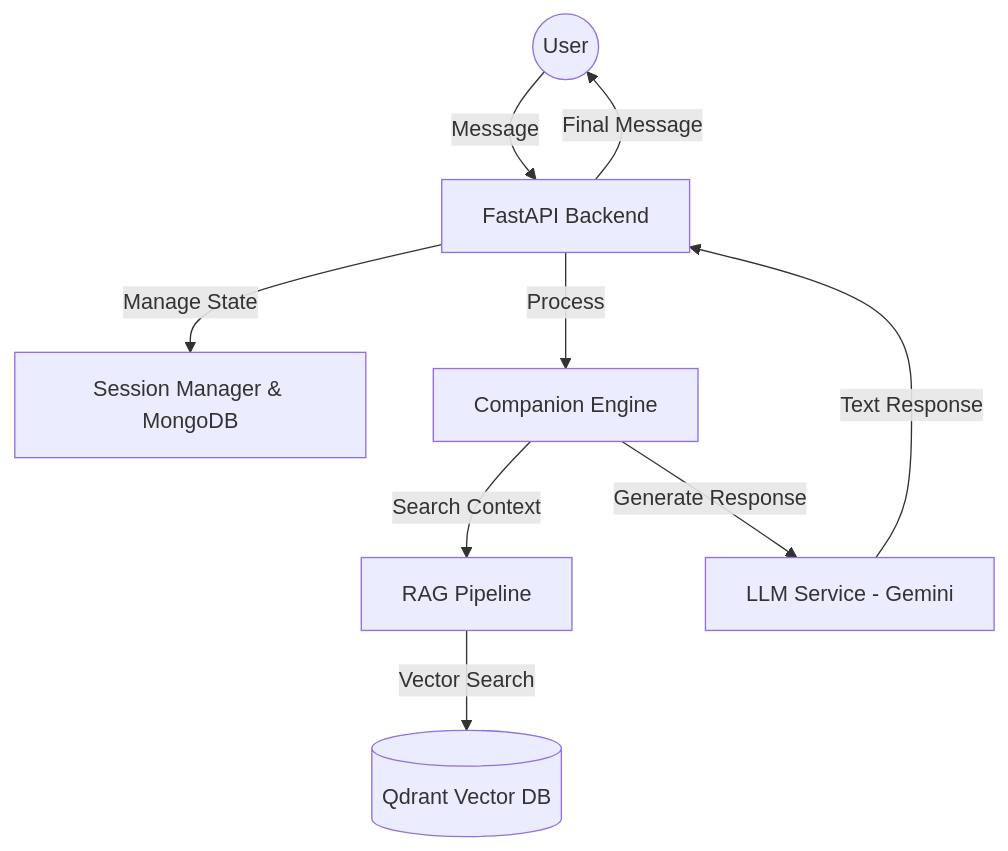
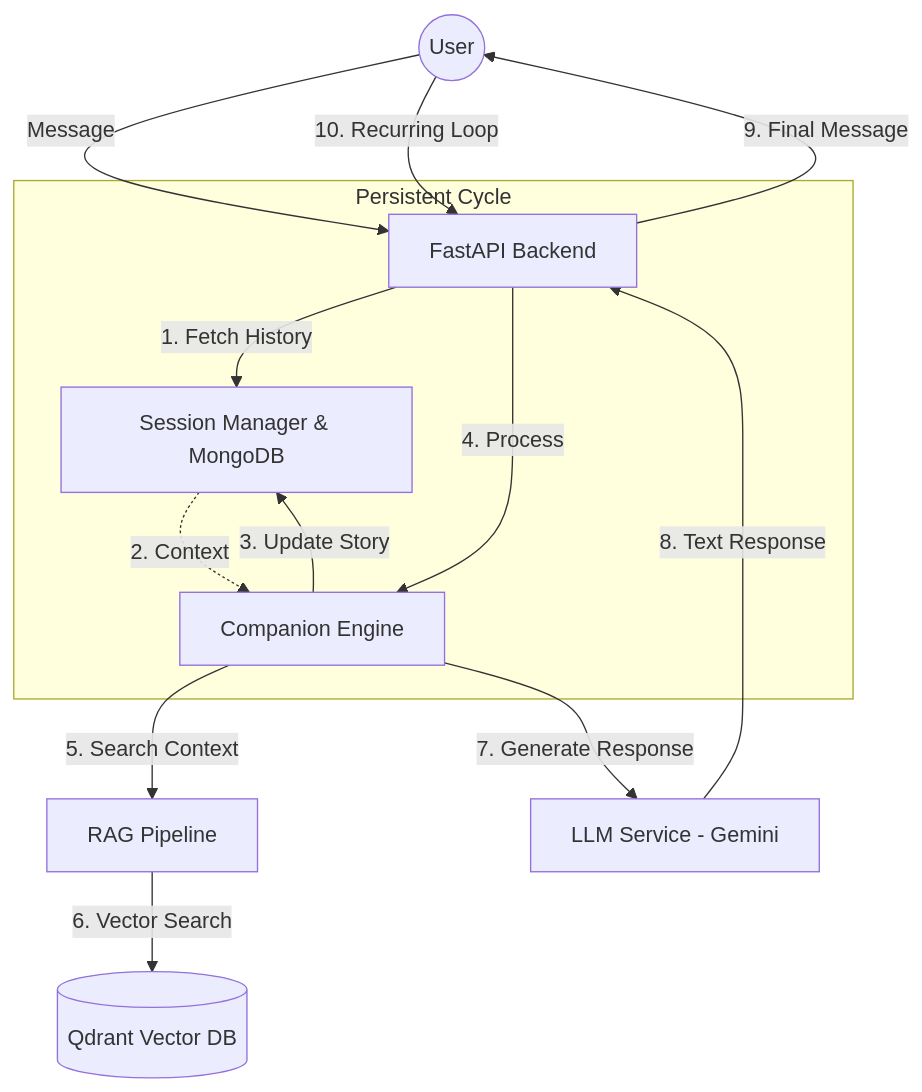
The first of 2 diagrams in docs/system_flows.md (ankit160902/3ioNetra), drawn with Mermaid before and after one commit. The commit also changed other lines of this file and 12 other files, not shown here.

````diff
--- a/docs/system_flows.md
+++ b/docs/system_flows.md
@@ -23,11 +26,18 @@
 ```mermaid
 graph TD
     User((User)) -->|Message| API[FastAPI Backend]
-    API -->|Manage State| Session[Session Manager & MongoDB]
-    API -->|Process| Engine[Companion Engine]
-    Engine -->|Search Context| RAG[RAG Pipeline]
-    RAG -->|Vector Search| Qdrant[(Qdrant Vector DB)]
-    Engine -->|Generate Response| LLM[LLM Service - Gemini]
-    LLM -->|Text Response| API
-    API -->|Final Message| User
+    
+    subgraph "Persistent Cycle"
+        API -->|1. Fetch History| Session[Session Manager & MongoDB]
+        Session -.->|2. Context| Engine[Companion Engine]
+        Engine -->|3. Update Story| Session
+    end
+    
+    API -->|4. Process| Engine
+    Engine -->|5. Search Context| RAG[RAG Pipeline]
+    RAG -->|6. Vector Search| Qdrant[(Qdrant Vector DB)]
+    Engine -->|7. Generate Response| LLM[LLM Service - Gemini]
+    LLM -->|8. Text Response| API
+    API -->|9. Final Message| User
+    User -->|10. Recurring Loop| API
 ```
````
